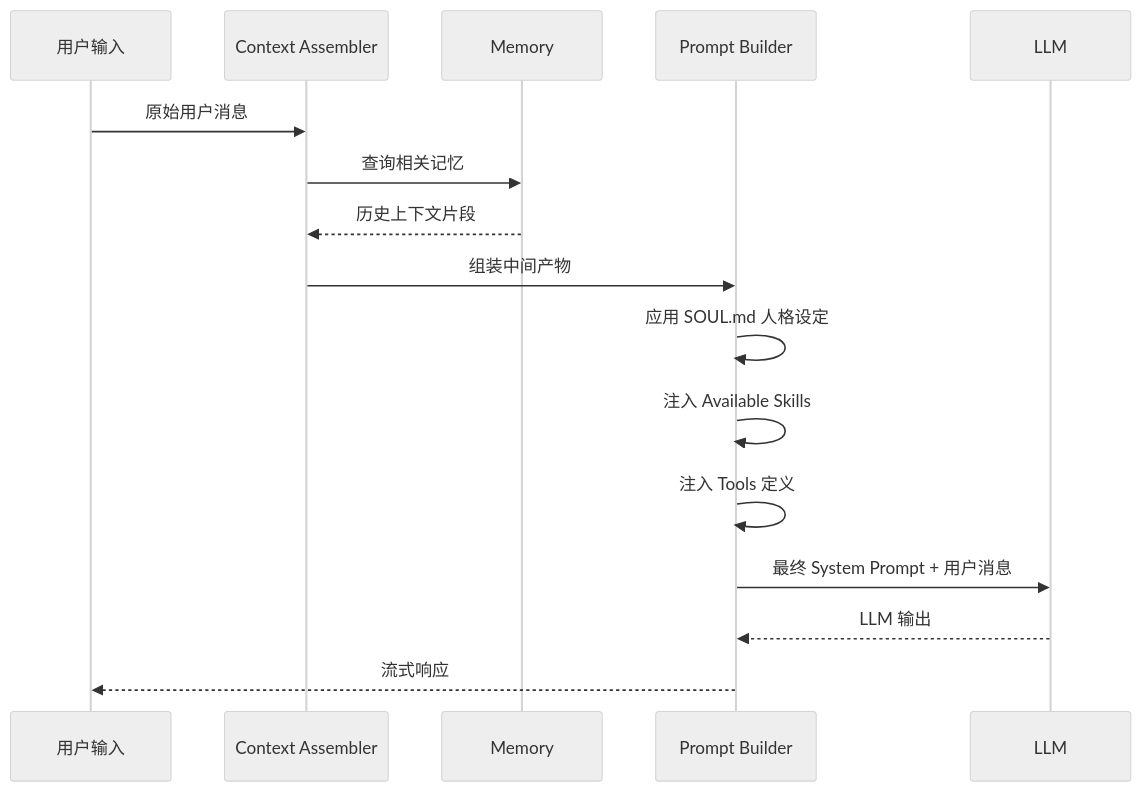
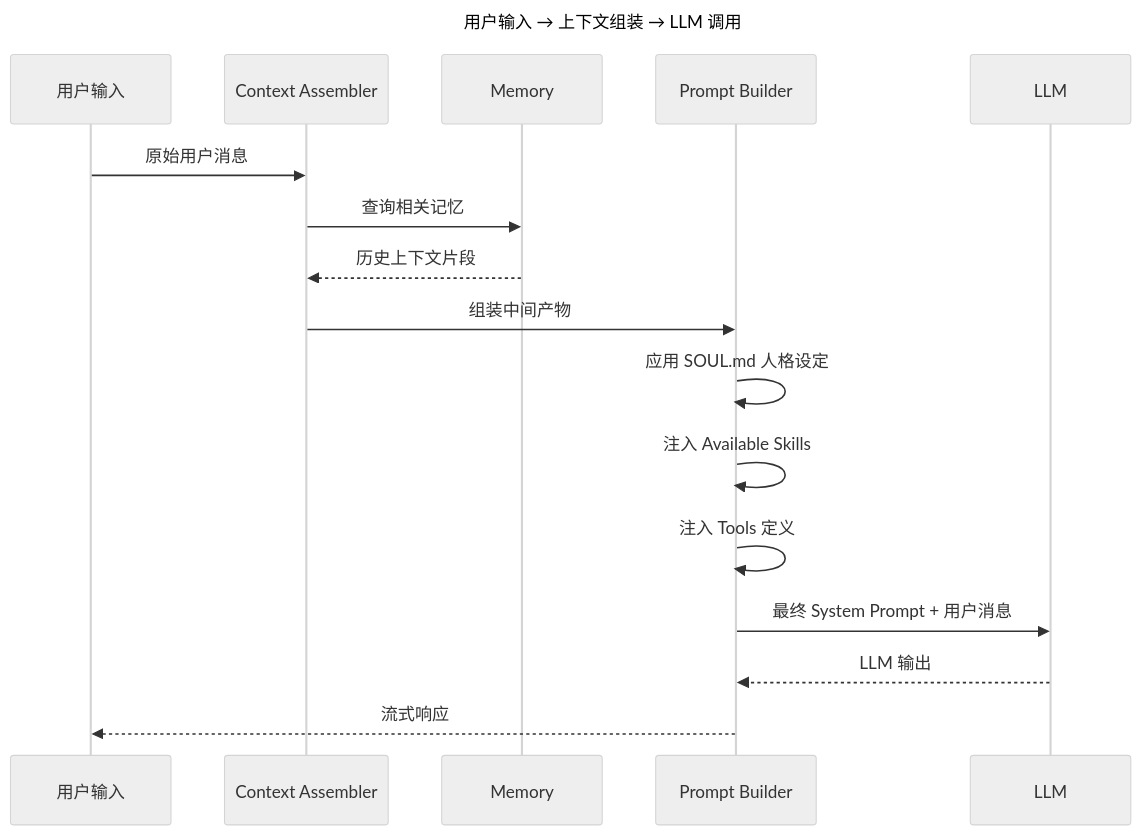
The second of 15 diagrams in docs/06-data-flow.md (Taotie2002/claude-code-deep-dive), drawn with Mermaid (neutral theme) before and after one commit. The commit also changed other lines of this file and 12 other files, not shown here.

````diff
--- a/docs/06-data-flow.md
+++ b/docs/06-data-flow.md
@@ -27,19 +30,22 @@
 ```mermaid
+---
+title: 用户输入 → 上下文组装 → LLM 调用
+---
 sequenceDiagram
     participant U as 用户输入
     participant C as Context Assembler
     participant M as Memory
     participant P as Prompt Builder
     participant L as LLM
 
     U->>C: 原始用户消息
     C->>M: 查询相关记忆
     M-->>C: 历史上下文片段
     C->>P: 组装中间产物
     P->>P: 应用 SOUL.md 人格设定
     P->>P: 注入 Available Skills
     P->>P: 注入 Tools 定义
     P->>L: 最终 System Prompt + 用户消息
     L-->>P: LLM 输出
     P-->>U: 流式响应
 ```
````
